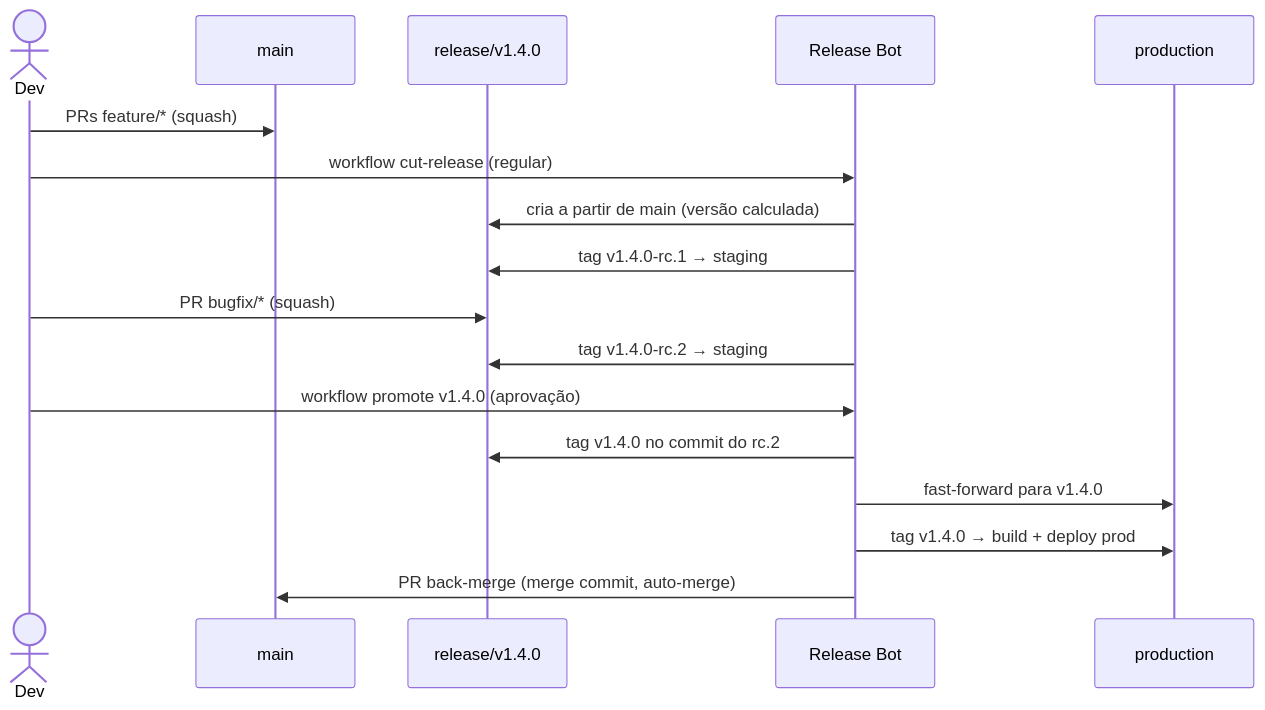
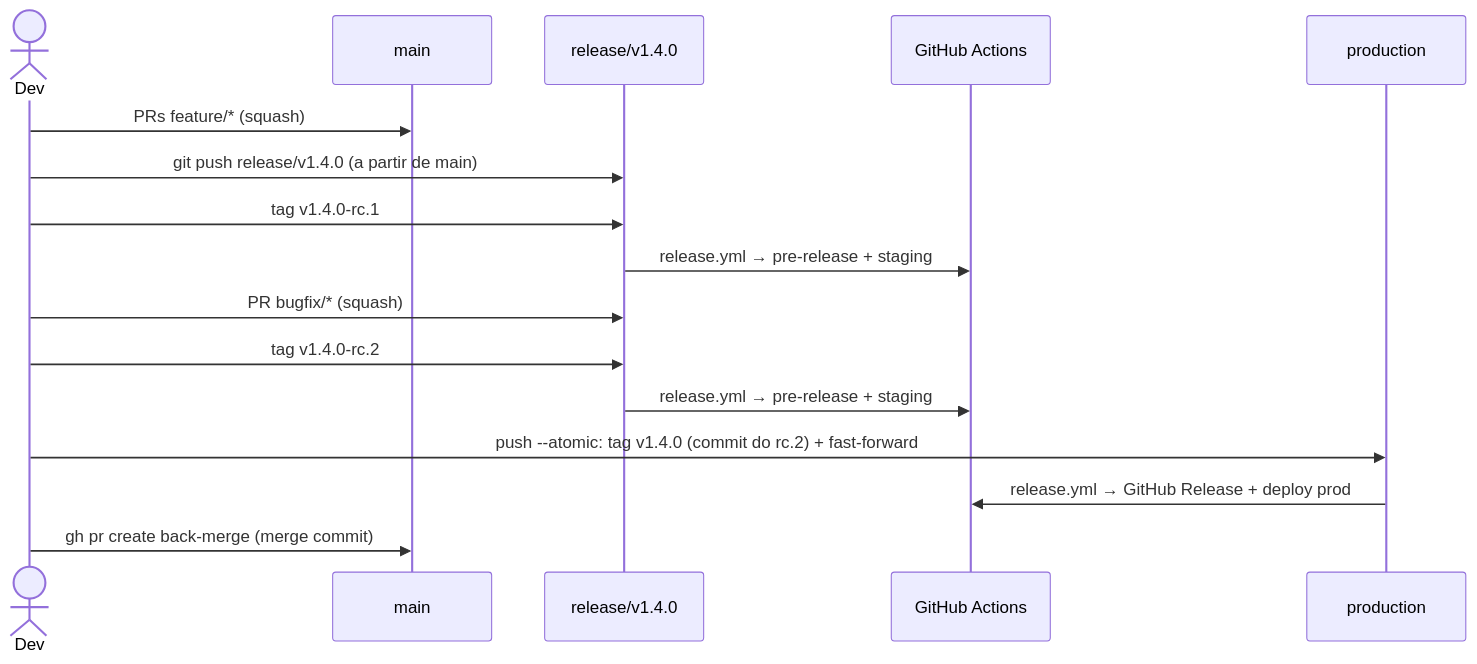
The diagram in GitFlow/03-releases-e-tags.md (uesleinasch/ConventionsCode), drawn with Mermaid before and after one commit. The commit also changed other lines of this file and 14 other files, not shown here.

First line of the commit message:
feat(gitflow)!: substitui bot de release por fluxo manual com git e gh (#2)

````diff
--- a/GitFlow/03-releases-e-tags.md
+++ b/GitFlow/03-releases-e-tags.md
@@ -26,20 +26,19 @@
 ```mermaid
 sequenceDiagram
     actor Dev
     participant main
     participant rel as release/v1.4.0
-    participant bot as Release Bot
+    participant gh as GitHub Actions
     participant prod as production
 
     Dev->>main: PRs feature/* (squash)
-    Dev->>bot: workflow cut-release (regular)
-    bot->>rel: cria a partir de main (versão calculada)
-    bot->>rel: tag v1.4.0-rc.1 → staging
+    Dev->>rel: git push release/v1.4.0 (a partir de main)
+    Dev->>rel: tag v1.4.0-rc.1
+    rel->>gh: release.yml → pre-release + staging
     Dev->>rel: PR bugfix/* (squash)
-    bot->>rel: tag v1.4.0-rc.2 → staging
-    Dev->>bot: workflow promote v1.4.0 (aprovação)
-    bot->>rel: tag v1.4.0 no commit do rc.2
-    bot->>prod: fast-forward para v1.4.0
-    bot->>prod: tag v1.4.0 → build + deploy prod
-    bot->>main: PR back-merge (merge commit, auto-merge)
+    Dev->>rel: tag v1.4.0-rc.2
+    rel->>gh: release.yml → pre-release + staging
+    Dev->>prod: push --atomic: tag v1.4.0 (commit do rc.2) + fast-forward
+    prod->>gh: release.yml → GitHub Release + deploy prod
+    Dev->>main: gh pr create back-merge (merge commit)
 ```
````
